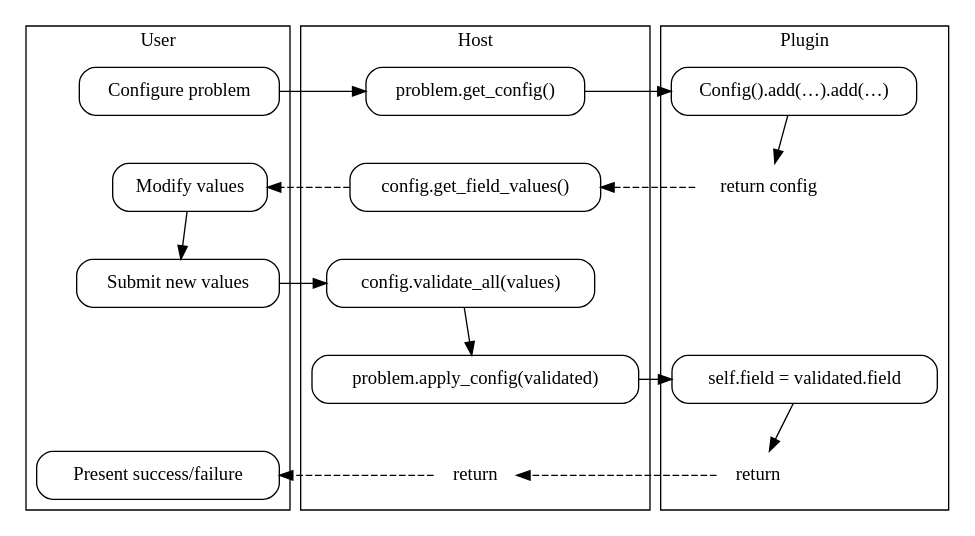
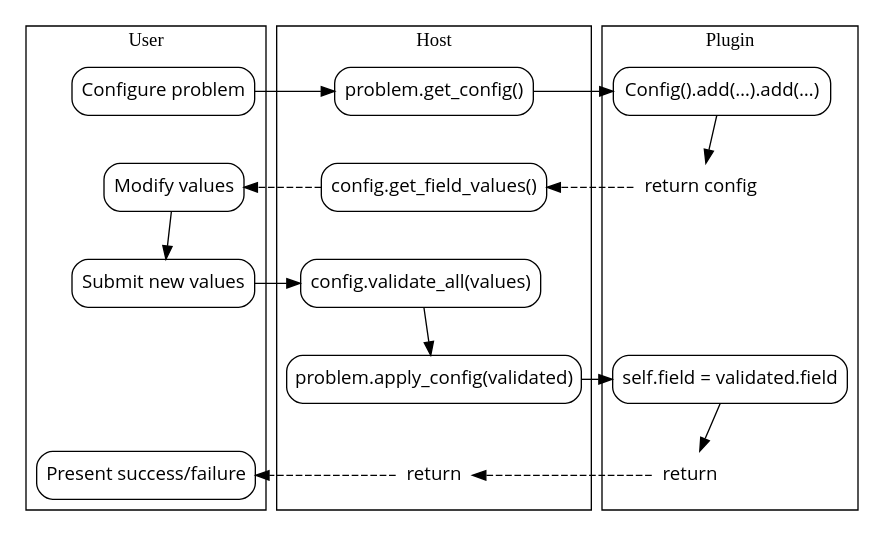
One commit to geoff-project/coi changed the first of 3 diagrams in docs/guide/otherenvs.rst. Above: the diagram before and after it, drawn with Graphviz. The commit also changed other lines of this file and 42 other files, not shown here.

```diff
--- a/docs/guide/otherenvs.rst
+++ b/docs/guide/otherenvs.rst
@@ -19,46 +19,51 @@
 .. digraph:: control_flow
     :caption: Fig. 1: Sequence diagram of the Configurable API
 
     newrank = true;
-    node[shape=box, style=rounded];
+    node[
+        shape=box,
+        fontname="Open Sans",
+        style="rounded, filled",
+        fillcolor="white",
+    ];
 
     subgraph cluster_user {
         label = "User";
         configure[label="Configure problem"];
         modify[label="Modify values"];
         submit[label="Submit new values"];
         end[label="Present success/failure"];
     }
 
     subgraph cluster_host {
         label = "Host";
         get_config[label="problem.get_config()"];
         get_field_values[label="config.get_field_values()"];
         validate[label="config.validate_all(values)"];
         apply_config[label="problem.apply_config(validated)"];
         return_host[label="return", shape=plaintext];
     }
 
     subgraph cluster_plugin {
         label = "Plugin";
         make_config[label="Config().add(…).add(…)"];
         return_config[label="return config", shape=plaintext];
         use_config[label="self.field = validated.field"];
         return_none[label="return", shape=plaintext];
     }
 
     { rank=same; configure; get_config; make_config; }
     { rank=same; modify; get_field_values; return_config; }
     { rank=same; submit; validate; }
     { rank=same; apply_config; use_config; }
     { rank=same; end; return_host; return_none; }
 
     configure -> get_config -> make_config;
     make_config -> return_config;
     return_config -> get_field_values -> modify [style=dashed];
     modify -> submit;
     submit -> validate;
     validate -> apply_config;
     apply_config -> use_config;
     use_config -> return_none;
     return_none -> return_host -> end [style=dashed];
```
